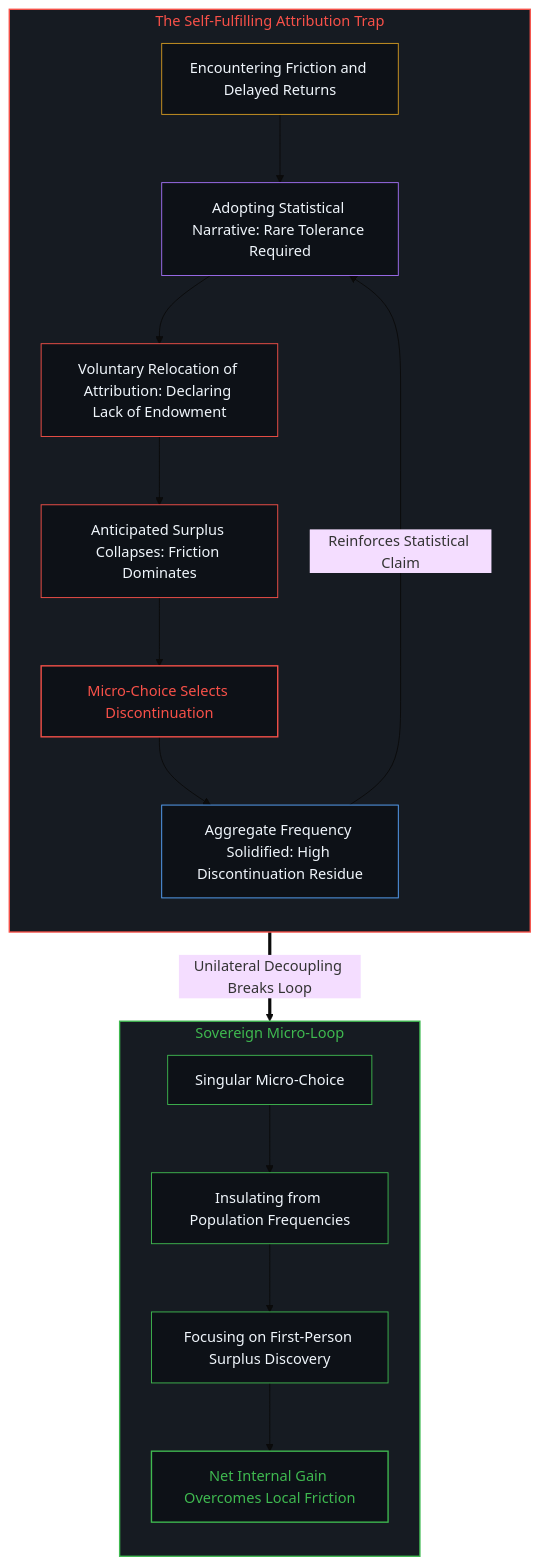
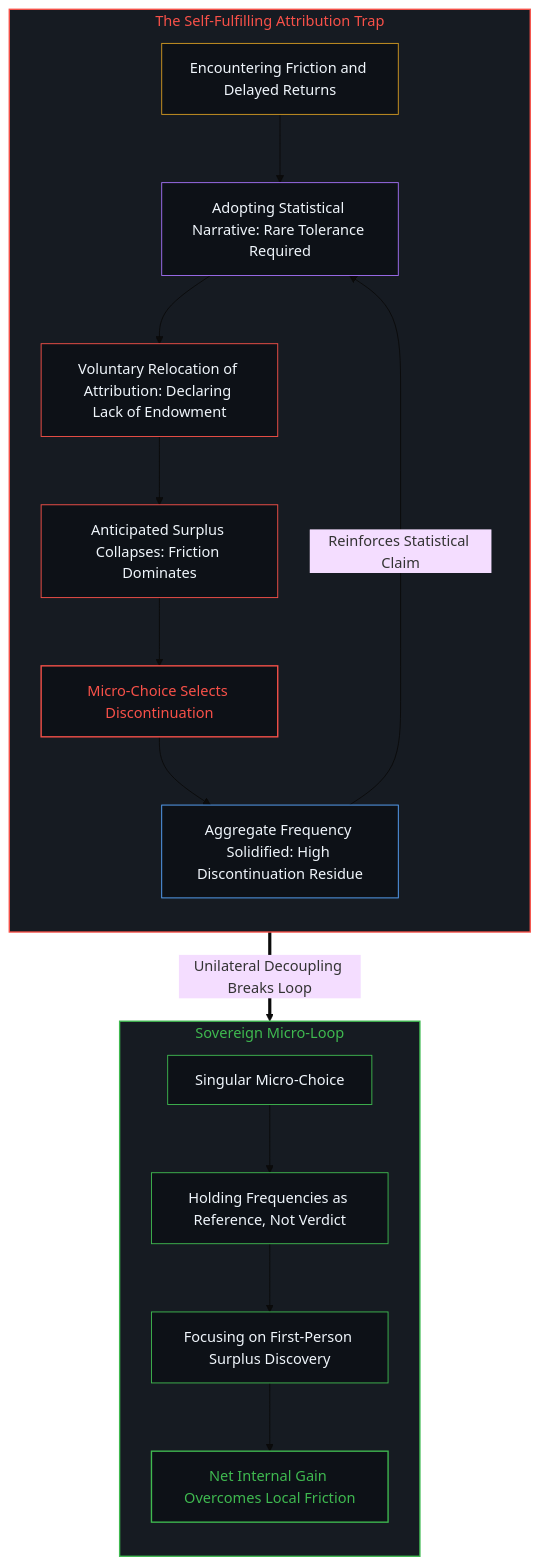
The fourth of 4 diagrams in content/posts/the-causal-overstep-of-observation-and-the-first-person-surplus.md (powerpig99/not-a-toe), drawn with Mermaid (base theme) before and after one commit. The commit also changed other lines of this file and 21 other files, not shown here.

````diff
--- a/content/posts/the-causal-overstep-of-observation-and-the-first-person-surplus.md
+++ b/content/posts/the-causal-overstep-of-observation-and-the-first-person-surplus.md
@@ -121,31 +121,31 @@
 ```mermaid
 graph TD
     subgraph S_Trap ["The Self-Fulfilling Attribution Trap"]
         direction TB
         style S_Trap fill:#161b22,stroke:#f85149,stroke-width:1.5px,color:#f85149
         T1["Encountering Friction and Delayed Returns"] --> T2["Adopting Statistical Narrative: Rare Tolerance Required"]
         T2 --> T3["Voluntary Relocation of Attribution: Declaring Lack of Endowment"]
         T3 --> T4["Anticipated Surplus Collapses: Friction Dominates"]
         T4 --> T5["Micro-Choice Selects Discontinuation"]
         T5 --> T6["Aggregate Frequency Solidified: High Discontinuation Residue"]
         T6 -->|"Reinforces Statistical Claim"| T2
         style T1 fill:#0d1117,stroke:#d29922,stroke-width:1px,color:#f0f6fc
         style T2 fill:#0d1117,stroke:#a371f7,stroke-width:1px,color:#f0f6fc
         style T3 fill:#0d1117,stroke:#f85149,stroke-width:1px,color:#f0f6fc
         style T4 fill:#0d1117,stroke:#f85149,stroke-width:1px,color:#f0f6fc
         style T5 fill:#0d1117,stroke:#f85149,stroke-width:1.5px,color:#f85149
         style T6 fill:#0d1117,stroke:#58a6ff,stroke-width:1px,color:#f0f6fc
     end
     T6 ==>|"Unilateral Decoupling Breaks Loop"| C1
     subgraph S_Sovereign ["Sovereign Micro-Loop"]
         direction TB
         style S_Sovereign fill:#161b22,stroke:#3fb950,stroke-width:1.5px,color:#3fb950
-        C1["Singular Micro-Choice"] --> C2["Insulating from Population Frequencies"]
+        C1["Singular Micro-Choice"] --> C2["Holding Frequencies as Reference, Not Verdict"]
         C2 --> C3["Focusing on First-Person Surplus Discovery"]
         C3 --> C4["Net Internal Gain Overcomes Local Friction"]
         style C1 fill:#0d1117,stroke:#3fb950,stroke-width:1px,color:#f0f6fc
         style C2 fill:#0d1117,stroke:#3fb950,stroke-width:1px,color:#f0f6fc
         style C3 fill:#0d1117,stroke:#3fb950,stroke-width:1px,color:#f0f6fc
         style C4 fill:#0d1117,stroke:#3fb950,stroke-width:1.5px,color:#3fb950
     end
 ```
````
